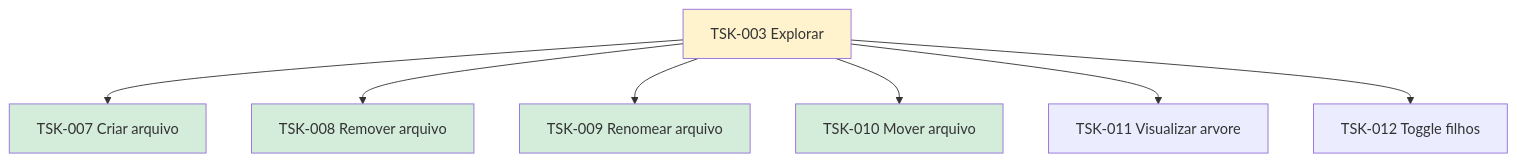
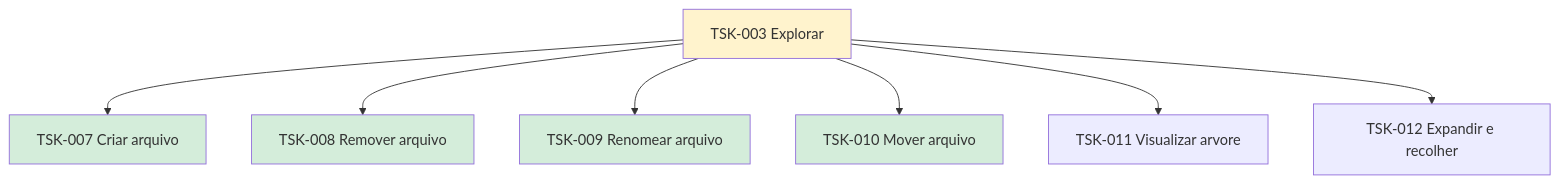
One commit to laerciogermano/workstation changed the diagram in flow/tasks/TSK-001-criar-epico/TSK-002-criar-as-historias/TSK-003-explorar/README.md. Above: the diagram before and after it, drawn with Mermaid. The commit also changed 10 other files, not shown here.

Commit message:
Rename 'Toggle visualizar filhos' to 'Expandir e recolher' across documentation for clarity and consistency. Update related user stories and task references to reflect the new terminology.

````diff
--- a/flow/tasks/TSK-001-criar-epico/TSK-002-criar-as-historias/TSK-003-explorar/README.md
+++ b/flow/tasks/TSK-001-criar-epico/TSK-002-criar-as-historias/TSK-003-explorar/README.md
@@ -12,21 +12,21 @@
 ```mermaid
 flowchart TD
   T003[TSK-003 Explorar]
   T007[TSK-007 Criar arquivo]
   T008[TSK-008 Remover arquivo]
   T009[TSK-009 Renomear arquivo]
   T010[TSK-010 Mover arquivo]
   T011[TSK-011 Visualizar arvore]
-  T012[TSK-012 Toggle filhos]
+  T012[TSK-012 Expandir e recolher]
   T003 --> T007
   T003 --> T008
   T003 --> T009
   T003 --> T010
   T003 --> T011
   T003 --> T012
   style T003 fill:#fff3cd
   style T007 fill:#d4edda
   style T008 fill:#d4edda
   style T009 fill:#d4edda
   style T010 fill:#d4edda
 ```
````
